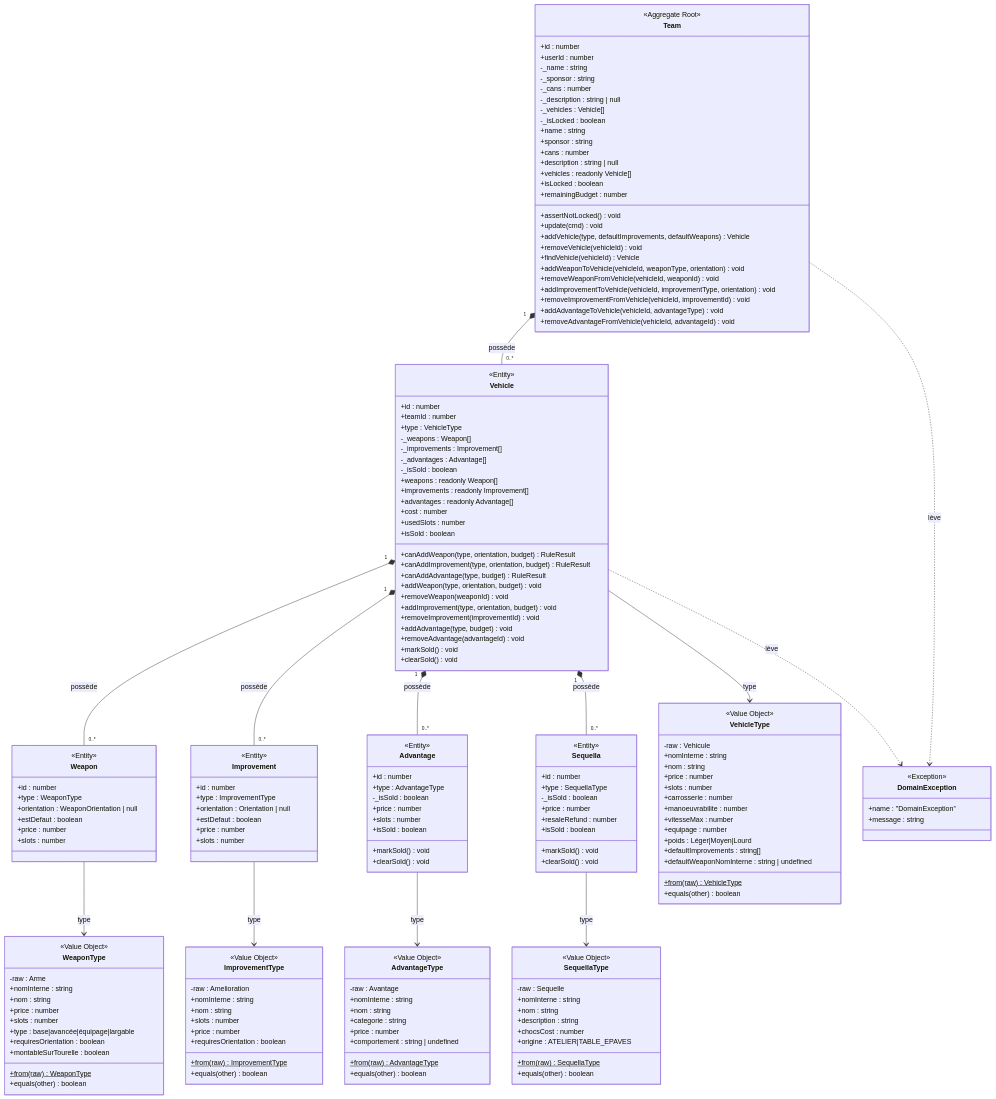
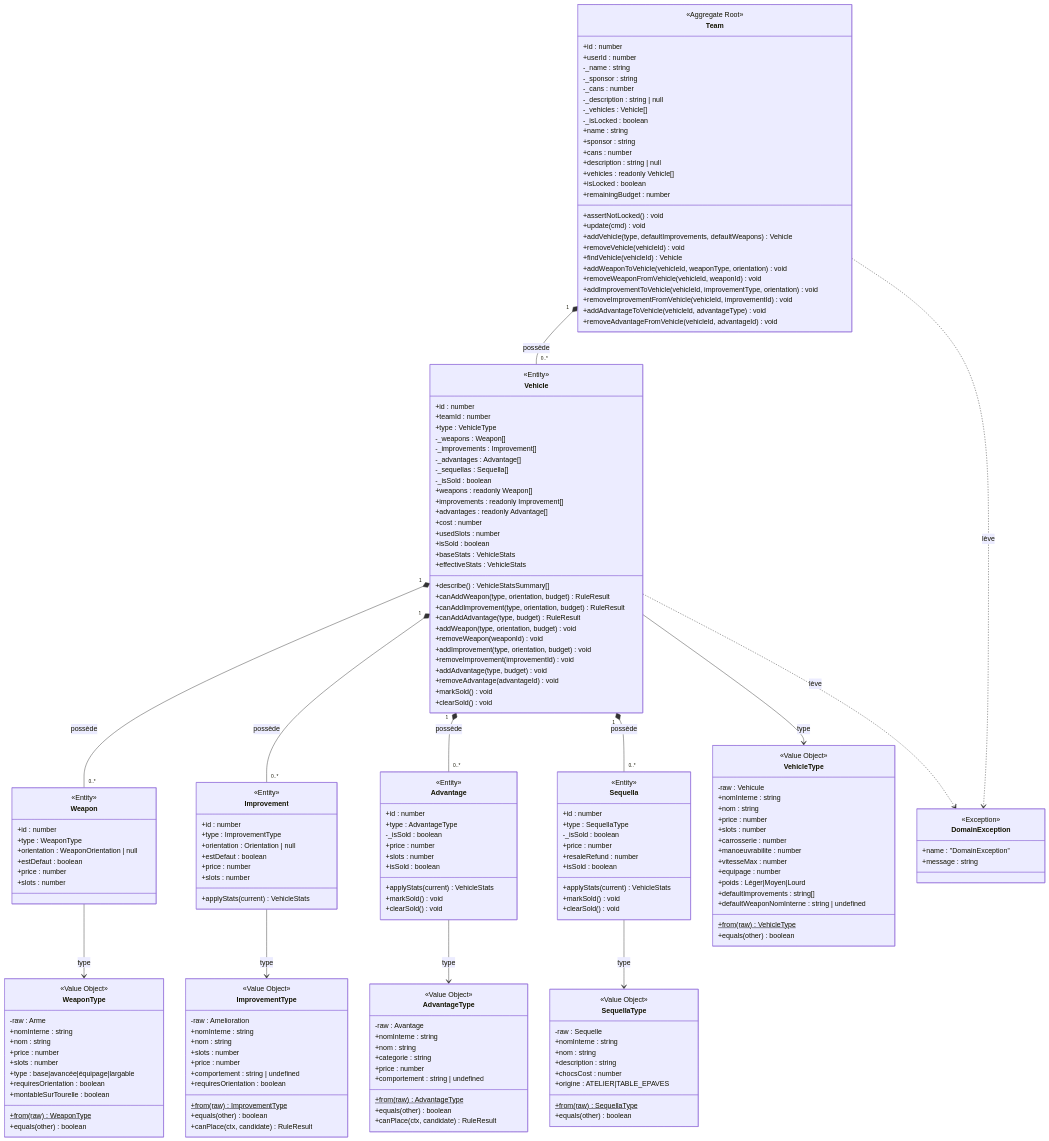
Before and after one commit to arnaudbracchetti/gaslands-manager: the first of 4 diagrams in docs/DOMAIN_MODEL.md, drawn with Mermaid. The commit also changed other lines of this file and 4 other files, not shown here.

First line of the commit message:
docs: resynchronise VEHICLE_SYSTEM.md, DOMAIN_MODEL.md et ARCHITECTURE.md avec le refactor Strategy

```diff
--- a/docs/DOMAIN_MODEL.md
+++ b/docs/DOMAIN_MODEL.md
@@ -58,6 +58,7 @@
         -_weapons : Weapon[]
         -_improvements : Improvement[]
         -_advantages : Advantage[]
+        -_sequellas : Sequella[]
         -_isSold : boolean
         +weapons : readonly Weapon[]
         +improvements : readonly Improvement[]
@@ -65,6 +66,9 @@
         +cost : number
         +usedSlots : number
         +isSold : boolean
+        +baseStats : VehicleStats
+        +effectiveStats : VehicleStats
+        +describe() VehicleStatsSummary[]
         +canAddWeapon(type, orientation, budget) RuleResult
         +canAddImprovement(type, orientation, budget) RuleResult
         +canAddAdvantage(type, budget) RuleResult
@@ -96,6 +100,7 @@
         +estDefaut : boolean
         +price : number
         +slots : number
+        +applyStats(current) VehicleStats
     }
 
     class Advantage {
@@ -106,6 +111,7 @@
         +price : number
         +slots : number
         +isSold : boolean
+        +applyStats(current) VehicleStats
         +markSold() void
         +clearSold() void
     }
@@ -118,6 +124,7 @@
         +price : number
         +resaleRefund : number
         +isSold : boolean
+        +applyStats(current) VehicleStats
         +markSold() void
         +clearSold() void
     }
@@ -161,9 +168,11 @@
         +nom : string
         +slots : number
         +price : number
+        +comportement : string | undefined
         +requiresOrientation : boolean
         +from(raw)$ ImprovementType
         +equals(other) boolean
+        +canPlace(ctx, candidate) RuleResult
     }
 
     class AdvantageType {
@@ -176,6 +185,7 @@
         +comportement : string | undefined
         +from(raw)$ AdvantageType
         +equals(other) boolean
+        +canPlace(ctx, candidate) RuleResult
     }
 
     class SequellaType {
```
